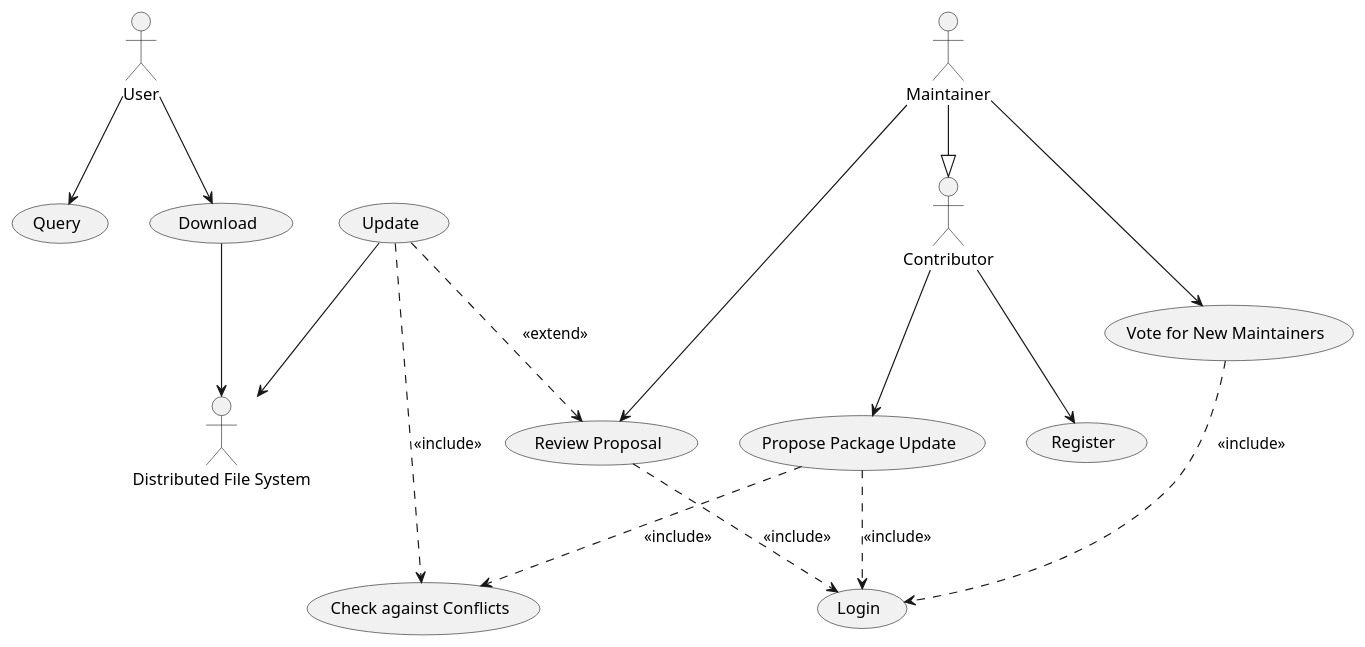
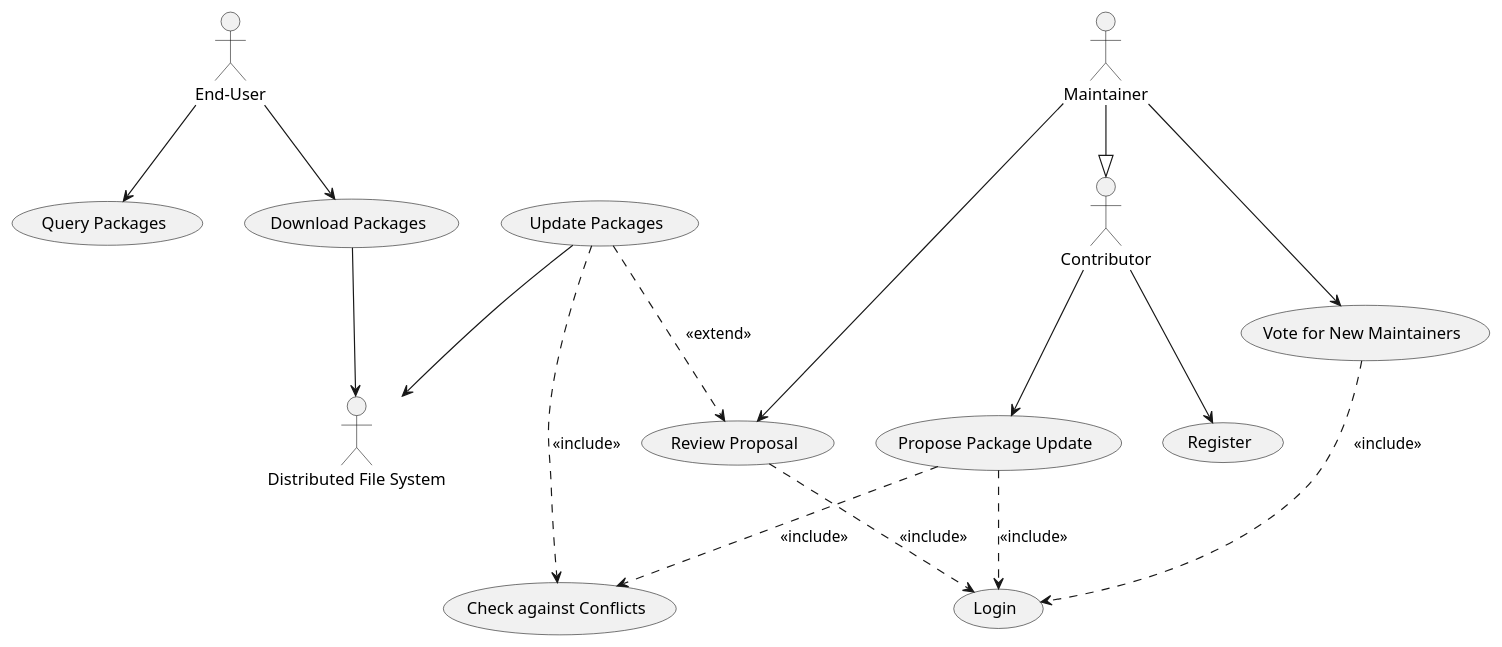
The diagram in source/requirements/use-case-model.rst (McSinyx/ipppi), drawn with PlantUML before and after one commit. The commit also changed other lines of this file and 1 other file, not shown here.

Commit message:
Revise download, query and update use cases

```diff
--- a/source/requirements/use-case-model.rst
+++ b/source/requirements/use-case-model.rst
@@ -4,39 +4,39 @@
 .. uml::
 
-   actor User
+   actor "End-User" as User
    actor Contributor
    actor Maintainer
    actor "Distributed File System" as IPFS
 
-   usecase Download
-   usecase Query
+   usecase "Download Packages" as Download
+   usecase "Query Packages" as Query
 
    usecase Register
    usecase Login
    usecase "Vote for New Maintainers" as Vote
 
    usecase "Propose Package Update" as Propose
    usecase "Check against Conflicts" as Check
    usecase "Review Proposal" as Review
-   usecase Update
+   usecase "Update Packages" as Update
 
    User --> Query
    User --> Download
    Download --> IPFS
 
    Maintainer --> Vote
    Vote ..> Login : <<include>>
 
    Maintainer --|> Contributor
    Contributor --> Register
 
    Contributor --> Propose
    Propose ..> Login : <<include>>
    Propose ..> Check : <<include>>
 
    Maintainer --> Review
    Review ..> Login : <<include>>
 
    Update ..> Review : <<extend>>
    Update ..> Check : <<include>>
    Update --> IPFS
```
